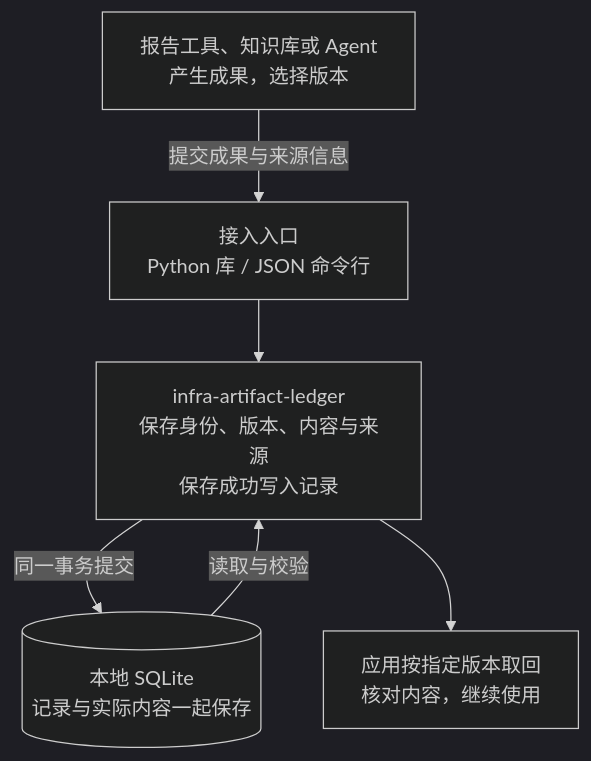
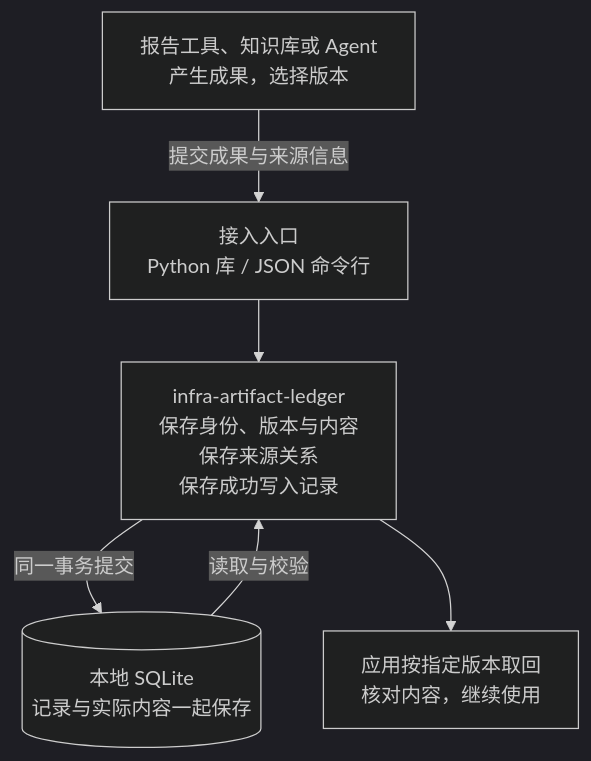
The first of 2 diagrams in README.md (kongbu0621/infra-artifact-ledger), drawn with Mermaid (dark theme) before and after one commit.

Commit message:
docs: keep diagram labels readable on narrow screens

````diff
--- a/README.md
+++ b/README.md
@@ -25,14 +25,14 @@
 ```mermaid
 flowchart TD
     A["报告工具、知识库或 Agent<br/>产生成果，选择版本"]
     B["接入入口<br/>Python 库 / JSON 命令行"]
-    C["infra-artifact-ledger<br/>保存身份、版本、内容与来源<br/>保存成功写入记录"]
+    C["infra-artifact-ledger<br/>保存身份、版本与内容<br/>保存来源关系<br/>保存成功写入记录"]
     D[("本地 SQLite<br/>记录与实际内容一起保存")]
     E["应用按指定版本取回<br/>核对内容，继续使用"]
 
     A -->|"提交成果与来源信息"| B
     B --> C
     C -->|"同一事务提交"| D
     D -->|"读取与校验"| C
     C --> E
 ```
````
